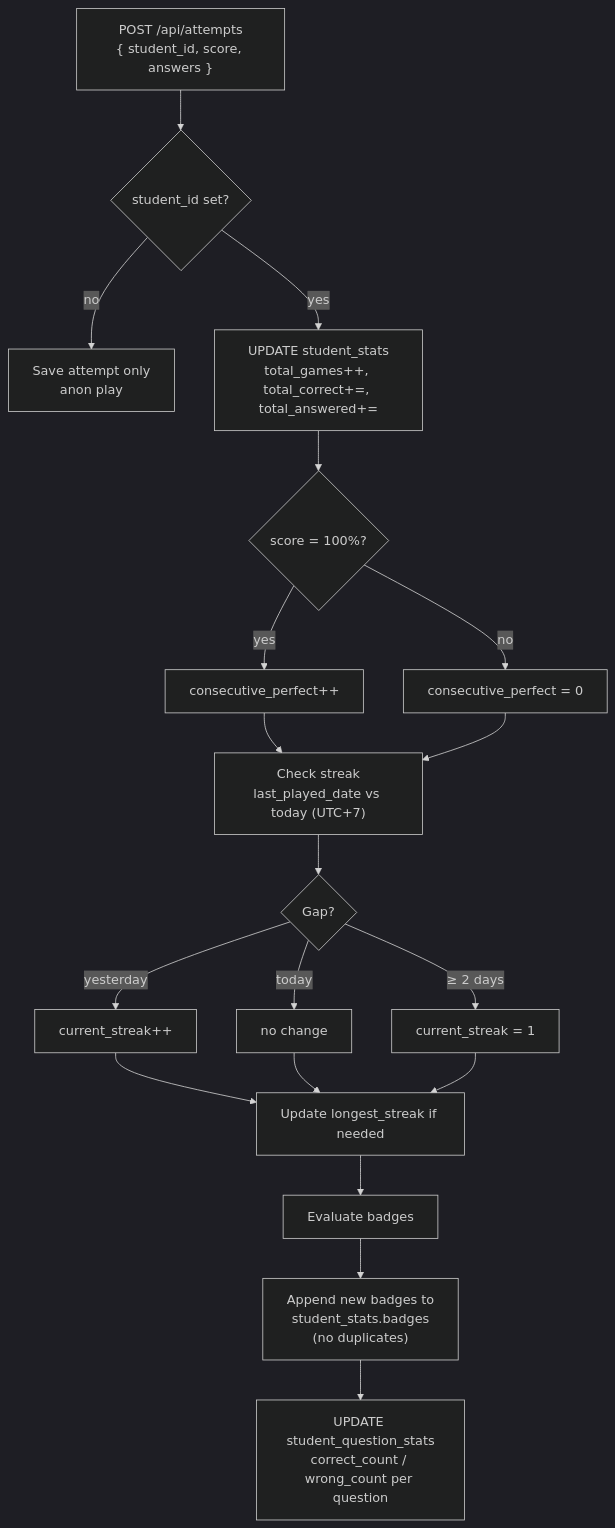
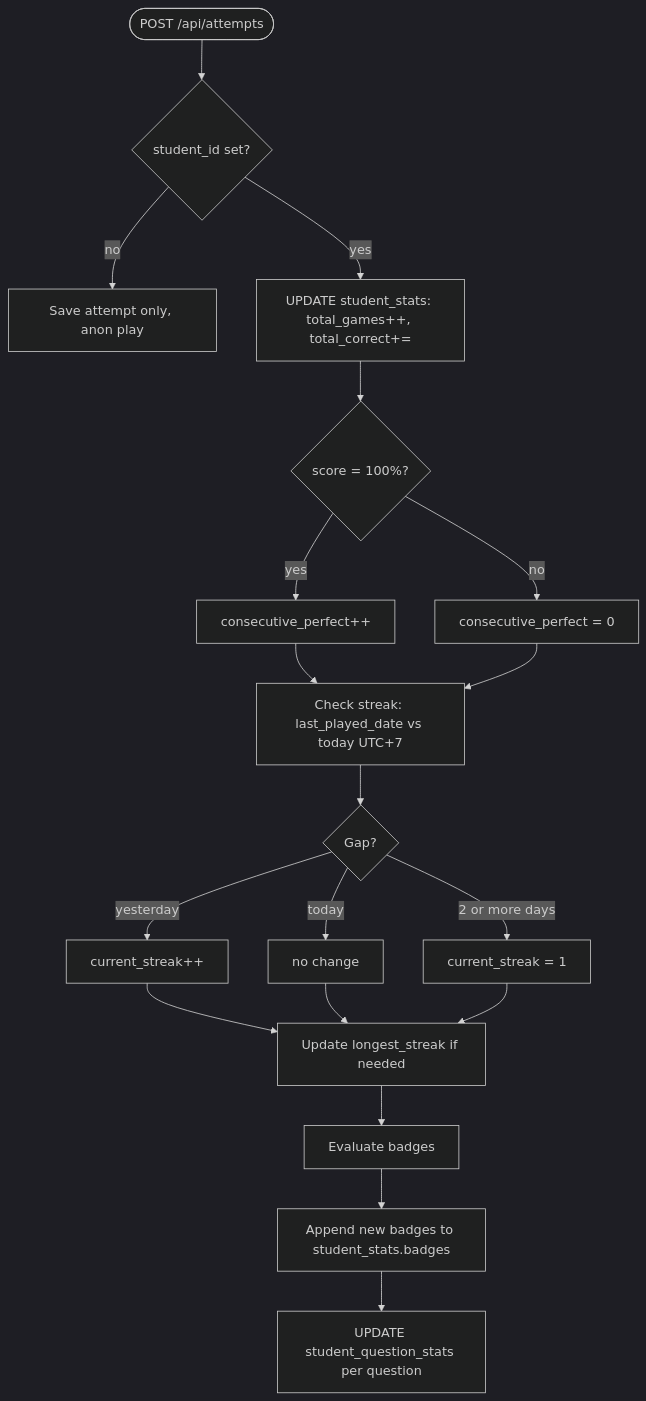
One commit to linhhd1kt/fce-quizz changed the eighth of 9 diagrams in docs/specs.md. Above: the diagram before and after it, drawn with Mermaid (dark theme). The commit also changed other lines of this file, not shown here.

Commit message:
fix: correct Mermaid syntax in specs.md (slash shapes, curly braces, newlines in labels)

````diff
--- a/docs/specs.md
+++ b/docs/specs.md
@@ -564,21 +562,21 @@
 ```mermaid
 flowchart TD
-    A["POST /api/attempts\n{ student_id, score, answers }"] --> B{student_id set?}
-    B -- no --> C[Save attempt only\nanon play]
-    B -- yes --> D["UPDATE student_stats\ntotal_games++, total_correct+=, total_answered+="]
+    A(["POST /api/attempts"]) --> B{student_id set?}
+    B -- no --> C["Save attempt only, anon play"]
+    B -- yes --> D["UPDATE student_stats: total_games++, total_correct+="]
     D --> E{score = 100%?}
     E -- yes --> F["consecutive_perfect++"]
     E -- no --> G["consecutive_perfect = 0"]
-    F --> H["Check streak\nlast_played_date vs today (UTC+7)"]
+    F --> H["Check streak: last_played_date vs today UTC+7"]
     G --> H
     H --> I{Gap?}
     I -- yesterday --> J["current_streak++"]
-    I -- today --> K[no change]
-    I -- "≥ 2 days" --> L["current_streak = 1"]
+    I -- today --> K["no change"]
+    I -- "2 or more days" --> L["current_streak = 1"]
     J --> M["Update longest_streak if needed"]
     K --> M
     L --> M
-    M --> N[Evaluate badges]
-    N --> O["Append new badges to\nstudent_stats.badges\n(no duplicates)"]
-    O --> P["UPDATE student_question_stats\ncorrect_count / wrong_count per question"]
+    M --> N["Evaluate badges"]
+    N --> O["Append new badges to student_stats.badges"]
+    O --> P["UPDATE student_question_stats per question"]
 ```
````
